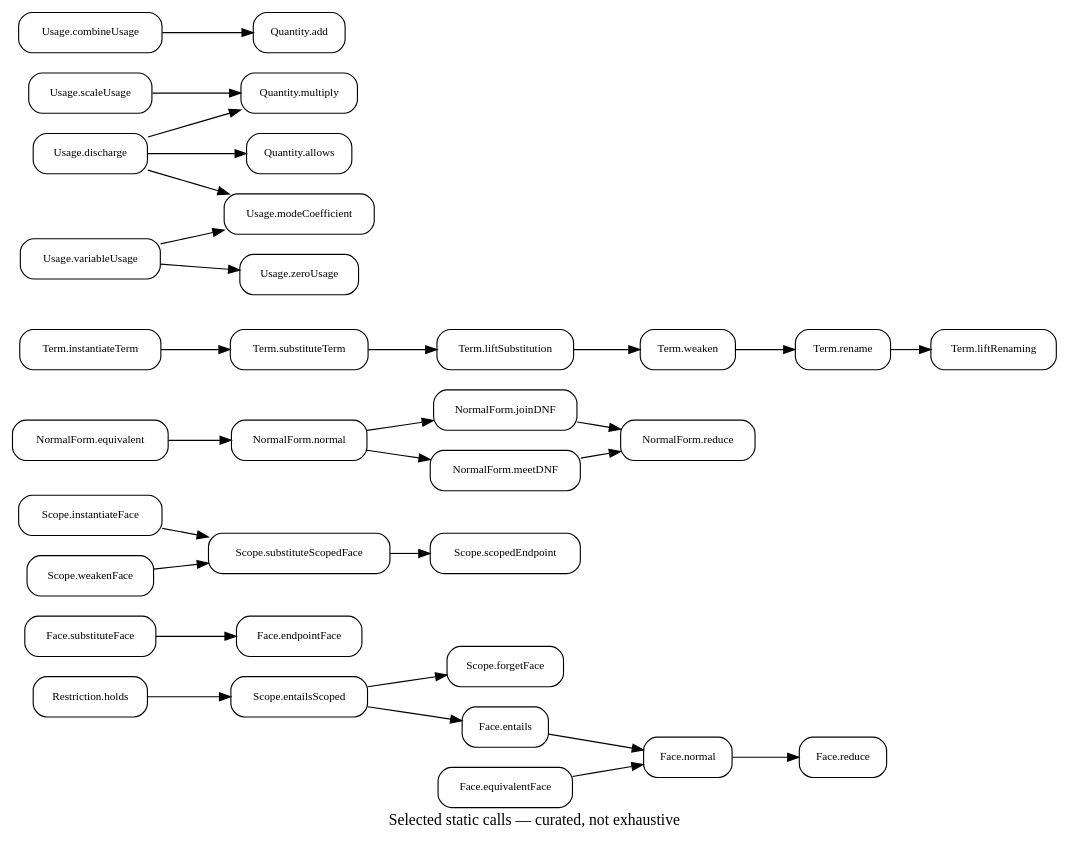
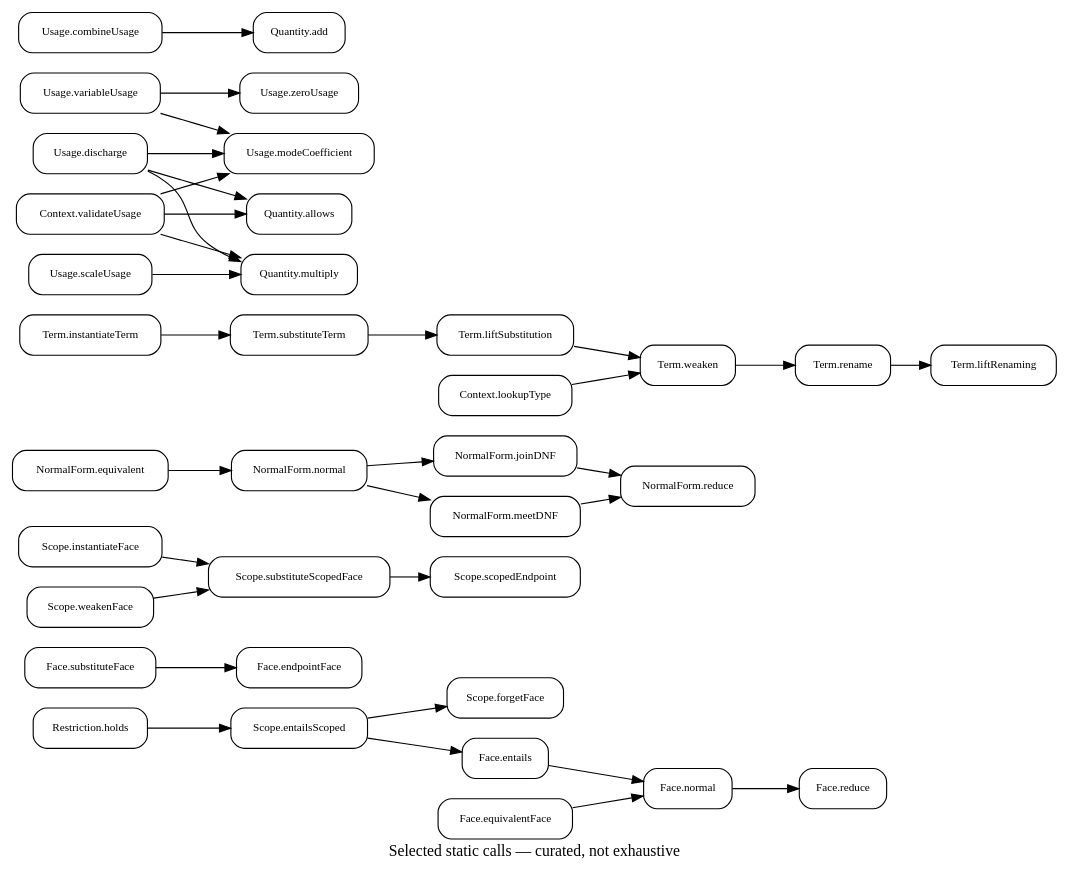
Before and after one commit to odunboye/fibril: the diagram in docs/diagrams/calls.dot, drawn with Graphviz. The commit also changed 10 other files, not shown here.

Commit message:
Add scoped context lookup and usage validation with checking specification

```diff
--- a/docs/diagrams/calls.dot
+++ b/docs/diagrams/calls.dot
@@ -1,24 +1,26 @@
 digraph Calls {
 rankdir=LR; node [shape=box,style=rounded,fontsize=10];
 "Restriction.holds" -> "Scope.entailsScoped";
 "Scope.entailsScoped" -> {"Scope.forgetFace" "Face.entails"};
 "Face.entails" -> "Face.normal"; "Face.equivalentFace" -> "Face.normal";
 "Face.normal" -> "Face.reduce";
 "Face.substituteFace" -> "Face.endpointFace";
 "Scope.substituteScopedFace" -> "Scope.scopedEndpoint";
 "Scope.instantiateFace" -> "Scope.substituteScopedFace";
 "Scope.weakenFace" -> "Scope.substituteScopedFace";
 "NormalForm.equivalent" -> "NormalForm.normal";
 "NormalForm.normal" -> {"NormalForm.joinDNF" "NormalForm.meetDNF"};
 "NormalForm.joinDNF" -> "NormalForm.reduce";
 "NormalForm.meetDNF" -> "NormalForm.reduce";
 "Term.instantiateTerm" -> "Term.substituteTerm";
 "Term.substituteTerm" -> "Term.liftSubstitution";
 "Term.liftSubstitution" -> "Term.weaken";
 "Term.weaken" -> "Term.rename"; "Term.rename" -> "Term.liftRenaming";
 "Usage.discharge" -> {"Usage.modeCoefficient" "Quantity.multiply" "Quantity.allows"};
 "Usage.variableUsage" -> {"Usage.modeCoefficient" "Usage.zeroUsage"};
 "Usage.combineUsage" -> "Quantity.add";
 "Usage.scaleUsage" -> "Quantity.multiply";
+"Context.lookupType" -> "Term.weaken";
+"Context.validateUsage" -> {"Usage.modeCoefficient" "Quantity.multiply" "Quantity.allows"};
 label="Selected static calls — curated, not exhaustive";
 }
```
